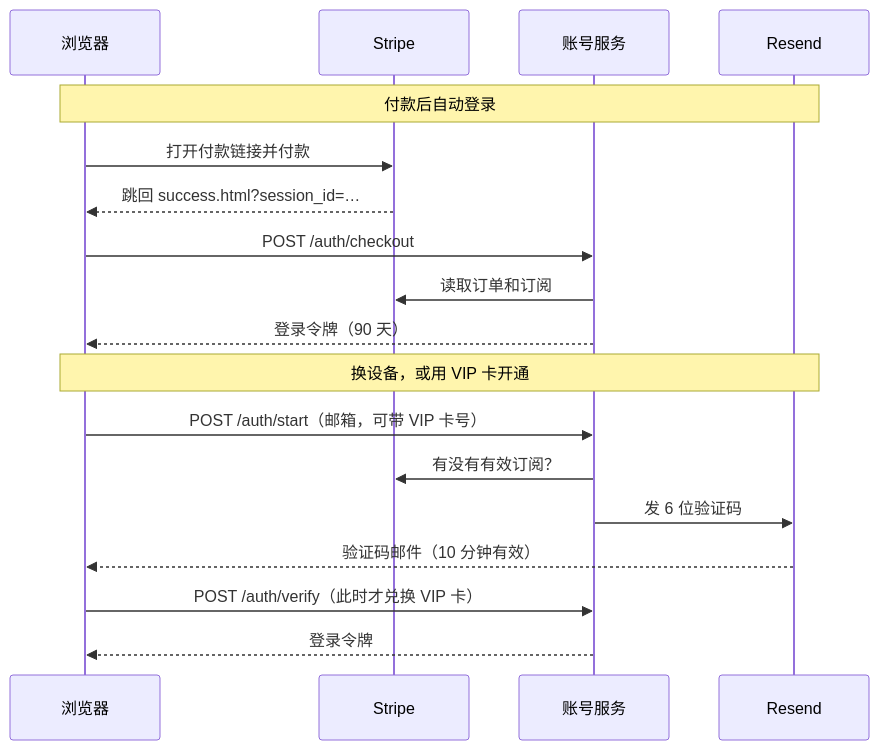
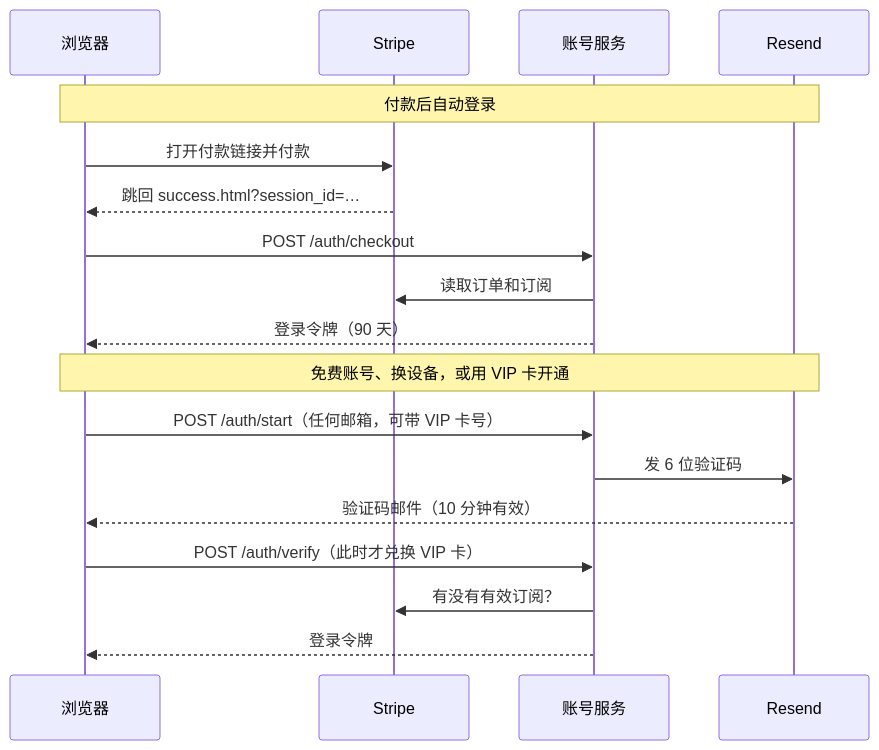
One commit to FelixJiashengFu/chem-research-molastria changed the second of 2 diagrams in docs/ARCHITECTURE.md. Above: the diagram before and after it, drawn with Mermaid. The commit also changed other lines of this file and 27 other files, not shown here.

````diff
--- a/docs/ARCHITECTURE.md
+++ b/docs/ARCHITECTURE.md
@@ -31,20 +31,20 @@
 ```mermaid
 sequenceDiagram
   participant B as 浏览器
   participant S as Stripe
   participant W as 账号服务
   participant R as Resend
   Note over B,R: 付款后自动登录
   B->>S: 打开付款链接并付款
   S-->>B: 跳回 success.html?session_id=…
   B->>W: POST /auth/checkout
   W->>S: 读取订单和订阅
   W-->>B: 登录令牌（90 天）
-  Note over B,R: 换设备，或用 VIP 卡开通
-  B->>W: POST /auth/start（邮箱，可带 VIP 卡号）
-  W->>S: 有没有有效订阅？
+  Note over B,R: 免费账号、换设备，或用 VIP 卡开通
+  B->>W: POST /auth/start（任何邮箱，可带 VIP 卡号）
   W->>R: 发 6 位验证码
   R-->>B: 验证码邮件（10 分钟有效）
   B->>W: POST /auth/verify（此时才兑换 VIP 卡）
+  W->>S: 有没有有效订阅？
   W-->>B: 登录令牌
 ```
````
